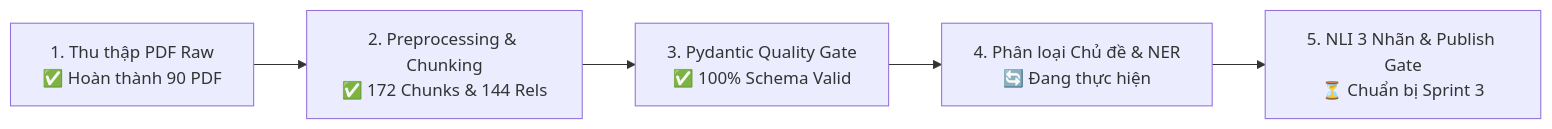
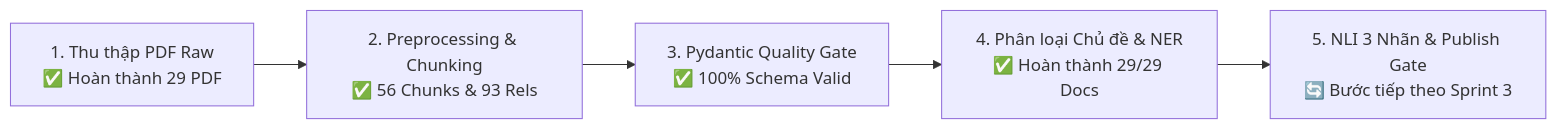
One commit to ChungCoTuan/AI_Second_Brain_DAU changed the diagram in docs/usage.md. Above: the diagram before and after it, drawn with Mermaid. The commit also changed other lines of this file and 4 other files, not shown here.

````diff
--- a/docs/usage.md
+++ b/docs/usage.md
@@ -12,7 +12,7 @@
 ```mermaid
 flowchart LR
-    A[1. Thu thập PDF Raw\n✅ Hoàn thành 90 PDF] --> B[2. Preprocessing & Chunking\n✅ 172 Chunks & 144 Rels]
+    A[1. Thu thập PDF Raw\n✅ Hoàn thành 29 PDF] --> B[2. Preprocessing & Chunking\n✅ 56 Chunks & 93 Rels]
     B --> C[3. Pydantic Quality Gate\n✅ 100% Schema Valid]
-    C --> D[4. Phân loại Chủ đề & NER\n🔄 Đang thực hiện]
-    D --> E[5. NLI 3 Nhãn & Publish Gate\n⏳ Chuẩn bị Sprint 3]
+    C --> D[4. Phân loại Chủ đề & NER\n✅ Hoàn thành 29/29 Docs]
+    D --> E[5. NLI 3 Nhãn & Publish Gate\n🔄 Bước tiếp theo Sprint 3]
 ```
````
